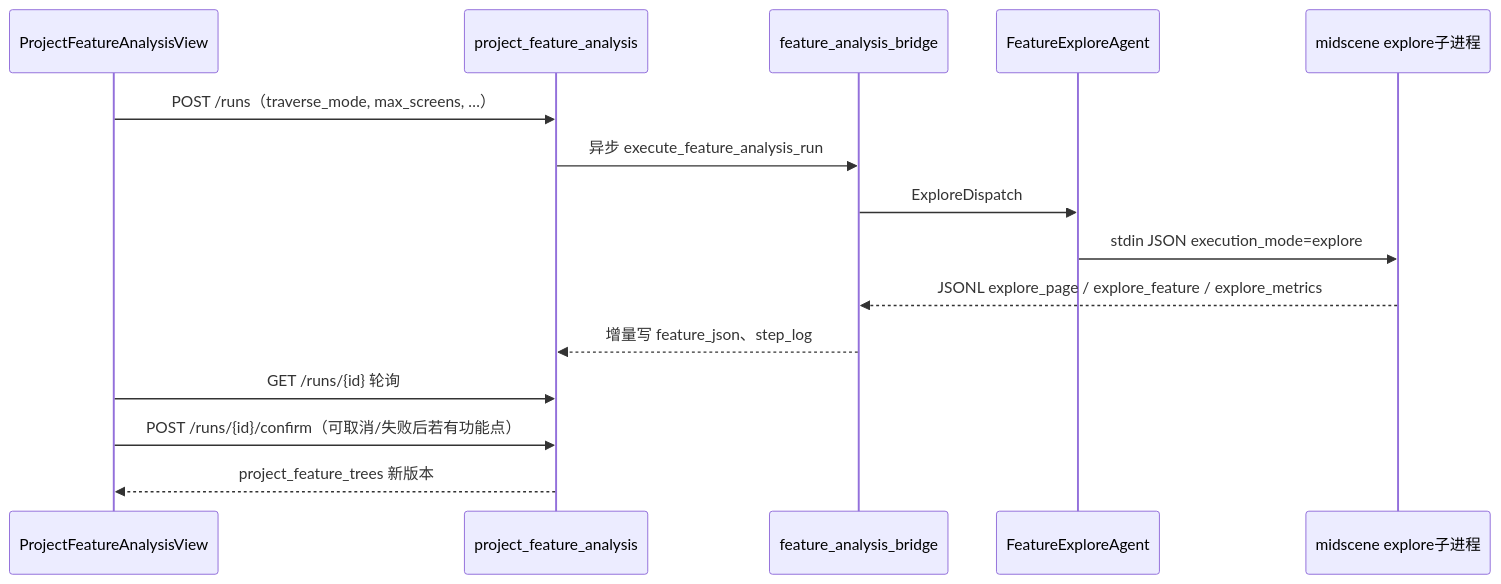
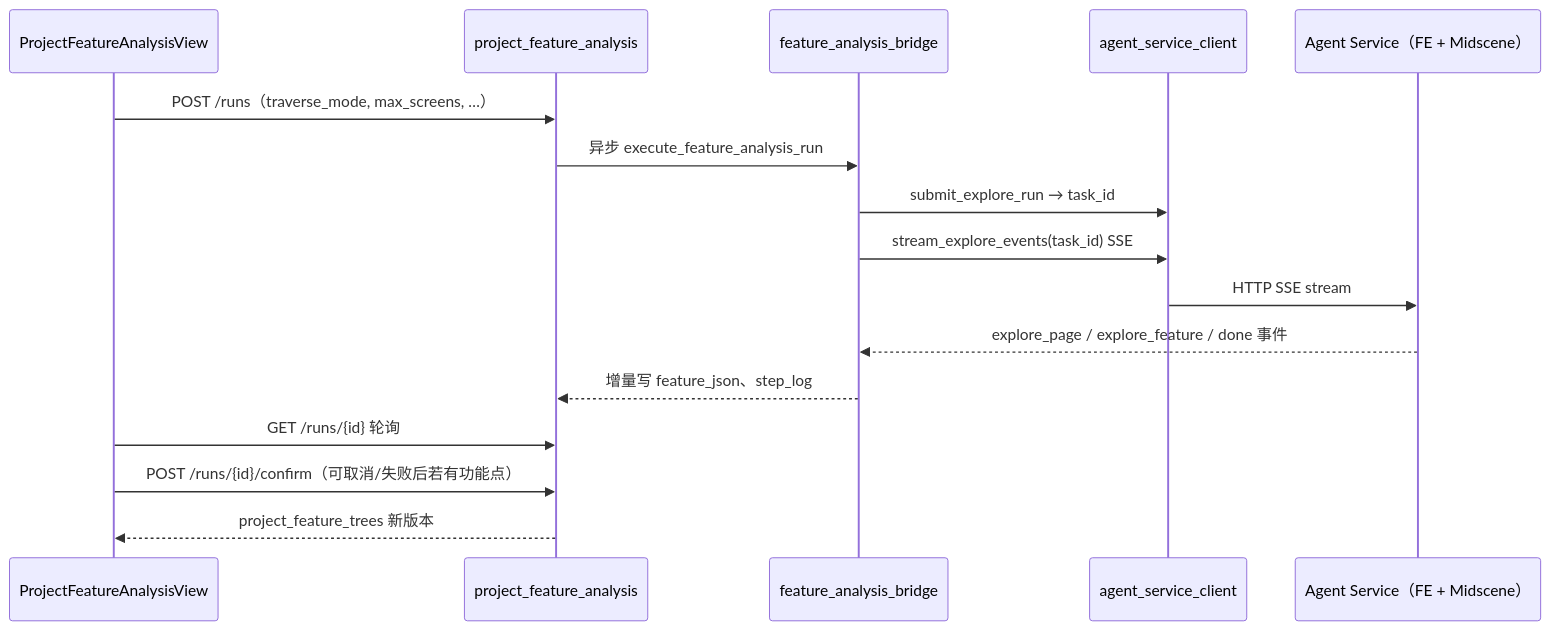
Before and after one commit to dyingmanliu/test_robot: the fourth of 4 diagrams in ARCHITECTURE.md, drawn with Mermaid. The commit also changed other lines of this file and 2 other files, not shown here.

First line of the commit message:
feat: 提取 agent_service 为独立 FastAPI 服务并更新架构文档

````diff
--- a/ARCHITECTURE.md
+++ b/ARCHITECTURE.md
@@ -413,18 +420,19 @@
 ```mermaid
 sequenceDiagram
   participant UI as ProjectFeatureAnalysisView
   participant API as project_feature_analysis
   participant Bridge as feature_analysis_bridge
-  participant FE as FeatureExploreAgent
-  participant MS as midscene explore子进程
+  participant Client as agent_service_client
+  participant AS as Agent Service（FE + Midscene）
 
   UI->>API: POST /runs（traverse_mode, max_screens, …）
   API->>Bridge: 异步 execute_feature_analysis_run
-  Bridge->>FE: ExploreDispatch
-  FE->>MS: stdin JSON execution_mode=explore
-  MS-->>Bridge: JSONL explore_page / explore_feature / explore_metrics
+  Bridge->>Client: submit_explore_run → task_id
+  Bridge->>Client: stream_explore_events(task_id) SSE
+  Client->>AS: HTTP SSE stream
+  AS-->>Bridge: explore_page / explore_feature / done 事件
   Bridge-->>API: 增量写 feature_json、step_log
   UI->>API: GET /runs/{id} 轮询
   UI->>API: POST /runs/{id}/confirm（可取消/失败后若有功能点）
   API-->>UI: project_feature_trees 新版本
 ```
````
